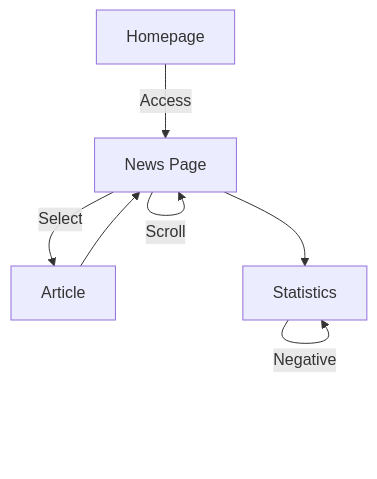
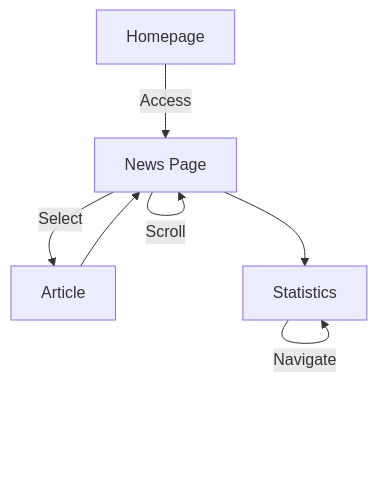
One commit to DuarteVDG/aw-project changed the second of 2 diagrams in story-space/story.md. Above: the diagram before and after it, drawn with Mermaid. The commit also changed other lines of this file, not shown here.

````diff
--- a/story-space/story.md
+++ b/story-space/story.md
@@ -37,11 +37,10 @@
 ```mermaid
 flowchart TD
     Start[Homepage] -->|Access| News[News Page]
     News -->|Select| Article[Article]
     News -->|Scroll| News
     Article --> News
     News --> Statistics[Statistics]
-    Statistics -->|Positive| Statistics
-    Statistics -->|Negative| Statistics
+    Statistics -->|Navigate| Statistics
 
 ```
````
